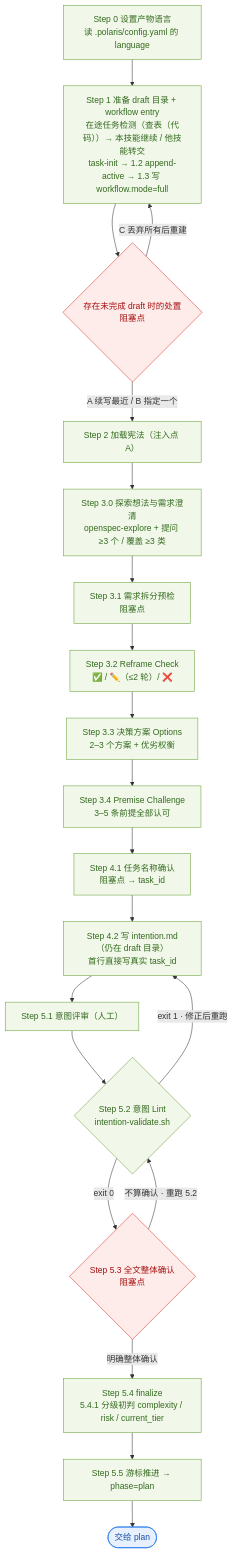
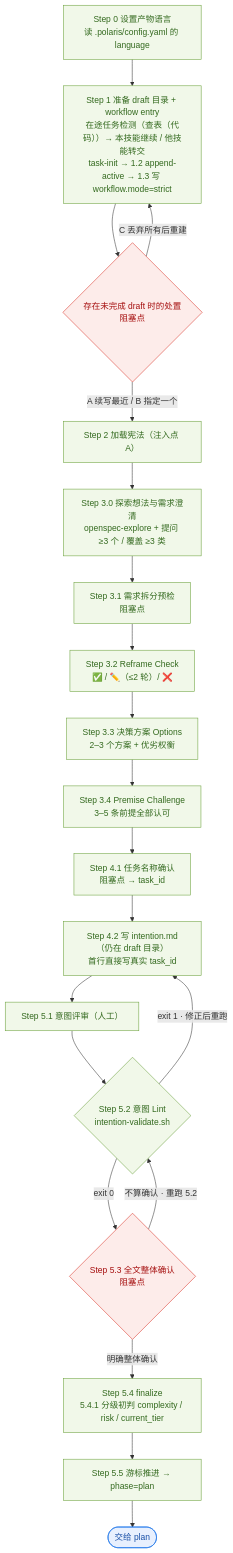
The fifth of 13 diagrams in docs/architecture/coding-workflow-flows.md (incodingless/polaris-flow), drawn with Mermaid before and after one commit. The commit also changed other lines of this file and 41 other files, not shown here.

````diff
--- a/docs/architecture/coding-workflow-flows.md
+++ b/docs/architecture/coding-workflow-flows.md
@@ -243,30 +243,30 @@
 ```mermaid
 flowchart TD
     S0["Step 0 设置产物语言<br/>读 .polaris/config.yaml 的 language"]
-    S0 --> S1["Step 1 准备 draft 目录 + workflow entry<br/>在途任务检测（查表（代码））→ 本技能继续 / 他技能转交<br/>task-init → 1.2 append-active → 1.3 写 workflow.mode=full"]
+    S0 --> S1["Step 1 准备 draft 目录 + workflow entry<br/>在途任务检测（查表（代码））→ 本技能继续 / 他技能转交<br/>task-init → 1.2 append-active → 1.3 写 workflow.mode=strict"]
     S1 --> SC1{"存在未完成 draft 时的处置<br/>阻塞点"}
     SC1 -->|"C 丢弃所有后重建"| S1
     SC1 -->|"A 续写最近 / B 指定一个"| S2["Step 2 加载宪法（注入点 A）"]
     S2 --> S30["Step 3.0 探索想法与需求澄清<br/>openspec-explore + 提问 ≥3 个 / 覆盖 ≥3 类"]
     S30 --> S31["Step 3.1 需求拆分预检<br/>阻塞点"]
     S31 --> S32["Step 3.2 Reframe Check<br/>✅ / ✏️（≤2 轮）/ ❌"]
     S32 --> S33["Step 3.3 决策方案 Options<br/>2–3 个方案 + 优劣权衡"]
     S33 --> S34["Step 3.4 Premise Challenge<br/>3–5 条前提全部认可"]
     S34 --> S41["Step 4.1 任务名称确认<br/>阻塞点 → task_id"]
     S41 --> S42["Step 4.2 写 intention.md（仍在 draft 目录）<br/>首行直接写真实 task_id"]
     S42 --> S51["Step 5.1 意图评审（人工）"]
     S51 --> S52{"Step 5.2 意图 Lint<br/>intention-validate.sh"}
     S52 -->|"exit 1 · 修正后重跑"| S42
     S52 -->|"exit 0"| S53{"Step 5.3 全文整体确认<br/>阻塞点"}
     S53 -->|"不算确认 · 重跑 5.2"| S52
     S53 -->|"明确整体确认"| S54["Step 5.4 finalize<br/>5.4.1 分级初判 complexity / risk / current_tier"]
     S54 --> S55["Step 5.5 游标推进 → phase=plan"]
     S55 --> SNEXT(["交给 plan"])
 
     classDef step fill:#f1f8e9,stroke:#689f38,color:#33691e
     classDef gate fill:#fdecea,stroke:#d93025,color:#a50e0e
     classDef out fill:#e8f0fe,stroke:#1a73e8,color:#174ea6
     class S0,S1,S2,S30,S31,S32,S33,S34,S41,S42,S51,S52,S54,S55 step
     class SC1,S53 gate
     class SNEXT out
 ```
````
